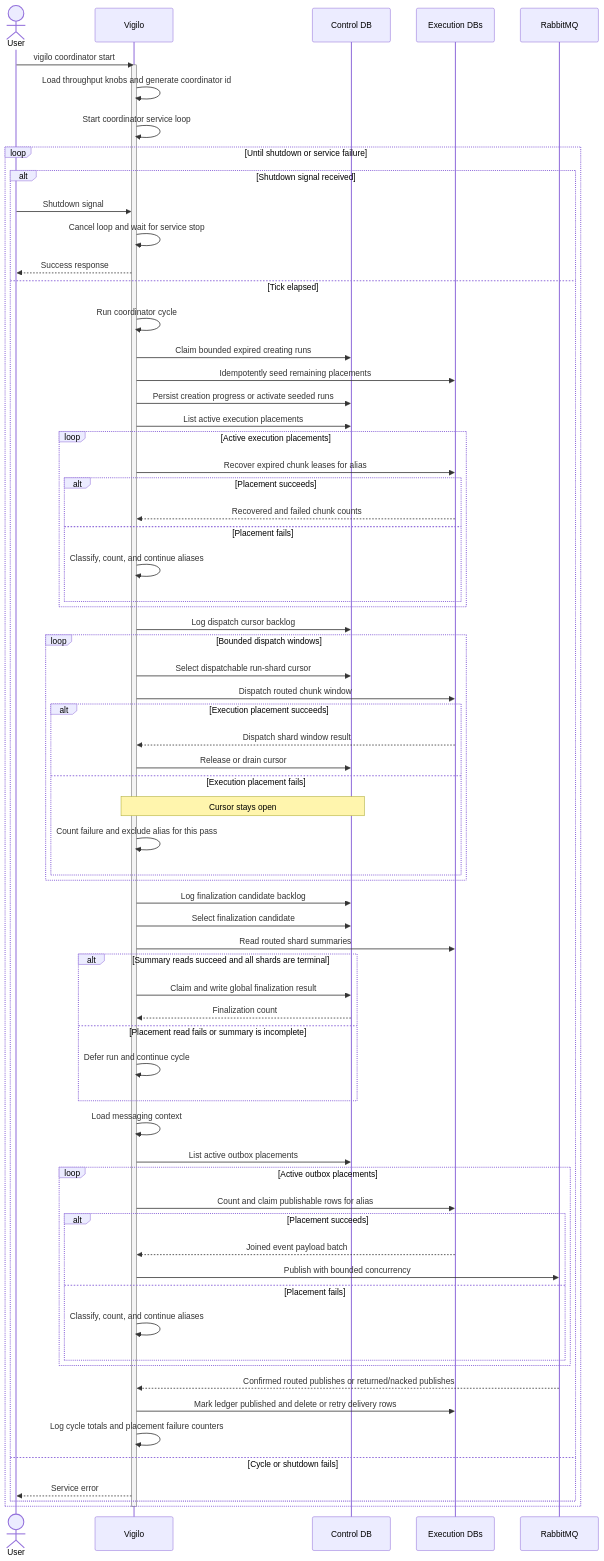
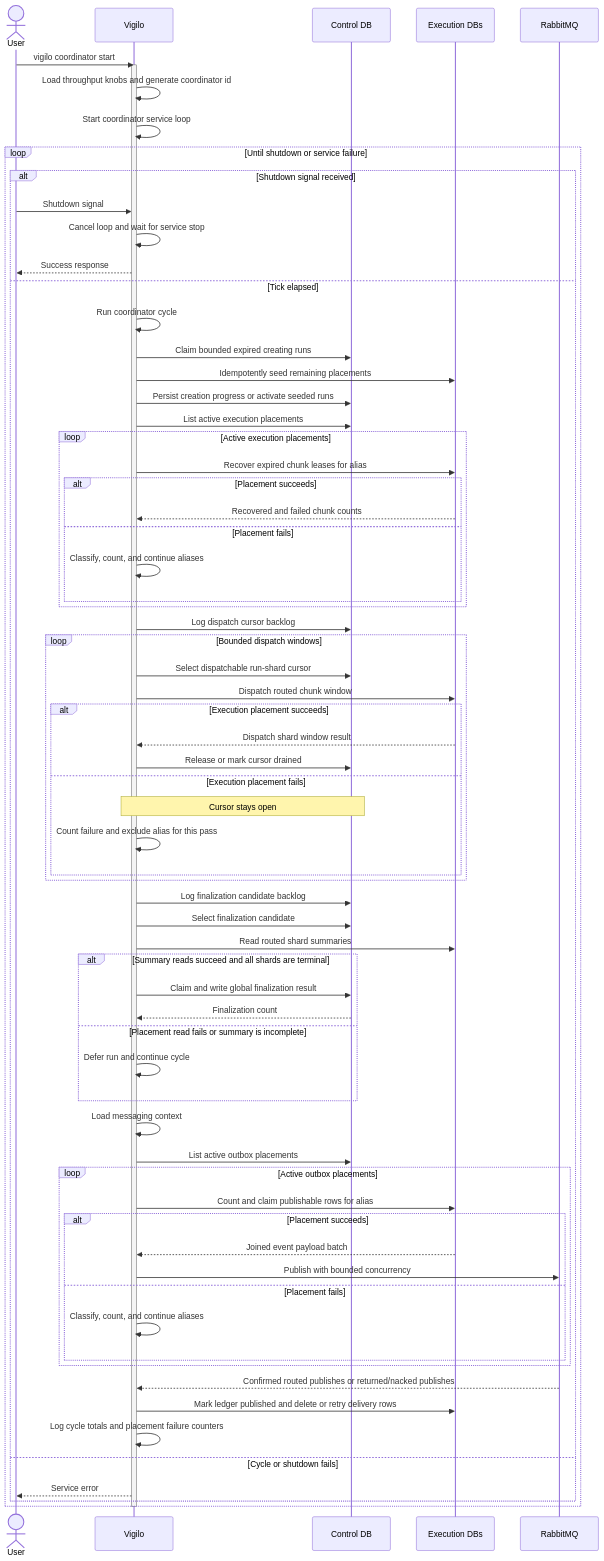
One commit to gregl83/agent-vigilo changed the diagram in web/docs/architecture/flows/coordinator/start/execution-flow.mmd. Above: the diagram before and after it, drawn with Mermaid. The commit also changed 44 other files, not shown here.

```diff
--- a/web/docs/architecture/flows/coordinator/start/execution-flow.mmd
+++ b/web/docs/architecture/flows/coordinator/start/execution-flow.mmd
@@ -1,79 +1,79 @@
 ---
 config:
   flowchart:
     nodeSpacing: 150
     rankSpacing: 80
   themeVariables:
     edgeLabelBackground: 'transparent'
 ---
 sequenceDiagram
     actor User
     participant Vigilo
     participant ControlDB as Control DB
     participant ExecutionDB as Execution DBs
     participant Queue as RabbitMQ
 
     User->>Vigilo: vigilo coordinator start
     activate Vigilo
     Vigilo->>Vigilo: Load throughput knobs and generate coordinator id
     Vigilo->>Vigilo: Start coordinator service loop
 
     loop Until shutdown or service failure
         alt Shutdown signal received
             User->>Vigilo: Shutdown signal
             Vigilo->>Vigilo: Cancel loop and wait for service stop
             Vigilo-->>User: Success response
         else Tick elapsed
             Vigilo->>Vigilo: Run coordinator cycle
             Vigilo->>ControlDB: Claim bounded expired creating runs
             Vigilo->>ExecutionDB: Idempotently seed remaining placements
             Vigilo->>ControlDB: Persist creation progress or activate seeded runs
             Vigilo->>ControlDB: List active execution placements
             loop Active execution placements
                 Vigilo->>ExecutionDB: Recover expired chunk leases for alias
                 alt Placement succeeds
                     ExecutionDB-->>Vigilo: Recovered and failed chunk counts
                 else Placement fails
                     Vigilo->>Vigilo: Classify, count, and continue aliases
                 end
             end
             Vigilo->>ControlDB: Log dispatch cursor backlog
             loop Bounded dispatch windows
                 Vigilo->>ControlDB: Select dispatchable run-shard cursor
                 Vigilo->>ExecutionDB: Dispatch routed chunk window
                 alt Execution placement succeeds
                     ExecutionDB-->>Vigilo: Dispatch shard window result
-                    Vigilo->>ControlDB: Release or drain cursor
+                    Vigilo->>ControlDB: Release or mark cursor drained
                 else Execution placement fails
                     Note over Vigilo,ControlDB: Cursor stays open
                     Vigilo->>Vigilo: Count failure and exclude alias for this pass
                 end
             end
             Vigilo->>ControlDB: Log finalization candidate backlog
             Vigilo->>ControlDB: Select finalization candidate
             Vigilo->>ExecutionDB: Read routed shard summaries
             alt Summary reads succeed and all shards are terminal
                 Vigilo->>ControlDB: Claim and write global finalization result
                 ControlDB-->>Vigilo: Finalization count
             else Placement read fails or summary is incomplete
                 Vigilo->>Vigilo: Defer run and continue cycle
             end
             Vigilo->>Vigilo: Load messaging context
             Vigilo->>ControlDB: List active outbox placements
             loop Active outbox placements
                 Vigilo->>ExecutionDB: Count and claim publishable rows for alias
                 alt Placement succeeds
                     ExecutionDB-->>Vigilo: Joined event payload batch
                     Vigilo->>Queue: Publish with bounded concurrency
                 else Placement fails
                     Vigilo->>Vigilo: Classify, count, and continue aliases
                 end
             end
             Queue-->>Vigilo: Confirmed routed publishes or returned/nacked publishes
             Vigilo->>ExecutionDB: Mark ledger published and delete or retry delivery rows
             Vigilo->>Vigilo: Log cycle totals and placement failure counters
         else Cycle or shutdown fails
             Vigilo-->>User: Service error
         end
     end
     deactivate Vigilo
```
